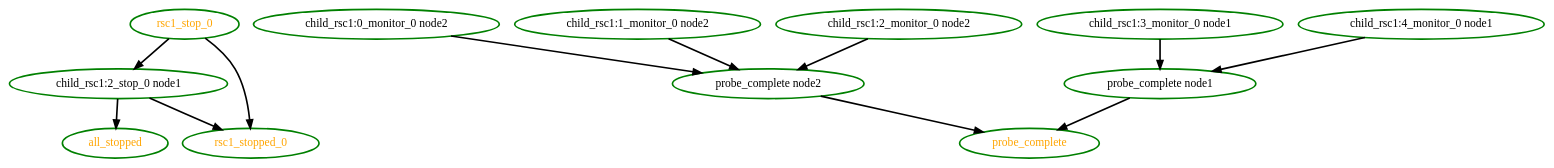
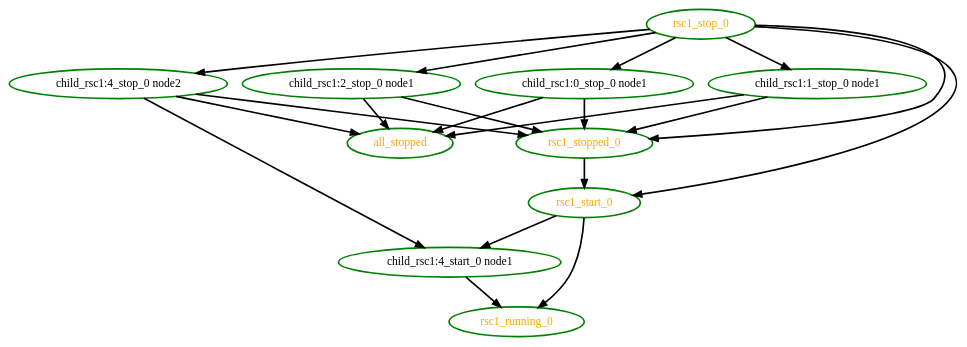
One commit to linux-ha-japan/pm_diskd changed the diagram in pengine/test10/inc9.dot. Above: the diagram before and after it, drawn with Graphviz. The commit also changed 2 other files, not shown here.

```diff
--- a/pengine/test10/inc9.dot
+++ b/pengine/test10/inc9.dot
@@ -1,25 +1,31 @@
  digraph "g" {
 "all_stopped" [ style=bold color="green" fontcolor="orange"  ]
-"child_rsc1:0_monitor_0 node2" -> "probe_complete node2" [ style = bold]
-"child_rsc1:0_monitor_0 node2" [ style=bold color="green" fontcolor="black" ]
-"child_rsc1:1_monitor_0 node2" -> "probe_complete node2" [ style = bold]
-"child_rsc1:1_monitor_0 node2" [ style=bold color="green" fontcolor="black" ]
-"child_rsc1:2_monitor_0 node2" -> "probe_complete node2" [ style = bold]
-"child_rsc1:2_monitor_0 node2" [ style=bold color="green" fontcolor="black" ]
+"child_rsc1:0_stop_0 node1" -> "all_stopped" [ style = bold]
+"child_rsc1:0_stop_0 node1" -> "rsc1_stopped_0" [ style = bold]
+"child_rsc1:0_stop_0 node1" [ style=bold color="green" fontcolor="black"  ]
+"child_rsc1:1_stop_0 node1" -> "all_stopped" [ style = bold]
+"child_rsc1:1_stop_0 node1" -> "rsc1_stopped_0" [ style = bold]
+"child_rsc1:1_stop_0 node1" [ style=bold color="green" fontcolor="black"  ]
 "child_rsc1:2_stop_0 node1" -> "all_stopped" [ style = bold]
 "child_rsc1:2_stop_0 node1" -> "rsc1_stopped_0" [ style = bold]
 "child_rsc1:2_stop_0 node1" [ style=bold color="green" fontcolor="black" ]
-"child_rsc1:3_monitor_0 node1" -> "probe_complete node1" [ style = bold]
-"child_rsc1:3_monitor_0 node1" [ style=bold color="green" fontcolor="black" ]
-"child_rsc1:4_monitor_0 node1" -> "probe_complete node1" [ style = bold]
-"child_rsc1:4_monitor_0 node1" [ style=bold color="green" fontcolor="black" ]
-"probe_complete node1" -> "probe_complete" [ style = bold]
-"probe_complete node1" [ style=bold color="green" fontcolor="black" ]
-"probe_complete node2" -> "probe_complete" [ style = bold]
-"probe_complete node2" [ style=bold color="green" fontcolor="black" ]
-"probe_complete" [ style=bold color="green" fontcolor="orange" ]
+"child_rsc1:4_start_0 node1" -> "rsc1_running_0" [ style = bold]
+"child_rsc1:4_start_0 node1" [ style=bold color="green" fontcolor="black"  ]
+"child_rsc1:4_stop_0 node2" -> "all_stopped" [ style = bold]
+"child_rsc1:4_stop_0 node2" -> "child_rsc1:4_start_0 node1" [ style = bold]
+"child_rsc1:4_stop_0 node2" -> "rsc1_stopped_0" [ style = bold]
+"child_rsc1:4_stop_0 node2" [ style=bold color="green" fontcolor="black"  ]
+"rsc1_running_0" [ style=bold color="green" fontcolor="orange"  ]
+"rsc1_start_0" -> "child_rsc1:4_start_0 node1" [ style = bold]
+"rsc1_start_0" -> "rsc1_running_0" [ style = bold]
+"rsc1_start_0" [ style=bold color="green" fontcolor="orange"  ]
+"rsc1_stop_0" -> "child_rsc1:0_stop_0 node1" [ style = bold]
+"rsc1_stop_0" -> "child_rsc1:1_stop_0 node1" [ style = bold]
 "rsc1_stop_0" -> "child_rsc1:2_stop_0 node1" [ style = bold]
+"rsc1_stop_0" -> "child_rsc1:4_stop_0 node2" [ style = bold]
+"rsc1_stop_0" -> "rsc1_start_0" [ style = bold]
 "rsc1_stop_0" -> "rsc1_stopped_0" [ style = bold]
 "rsc1_stop_0" [ style=bold color="green" fontcolor="orange" ]
+"rsc1_stopped_0" -> "rsc1_start_0" [ style = bold]
 "rsc1_stopped_0" [ style=bold color="green" fontcolor="orange" ]
 }
```
